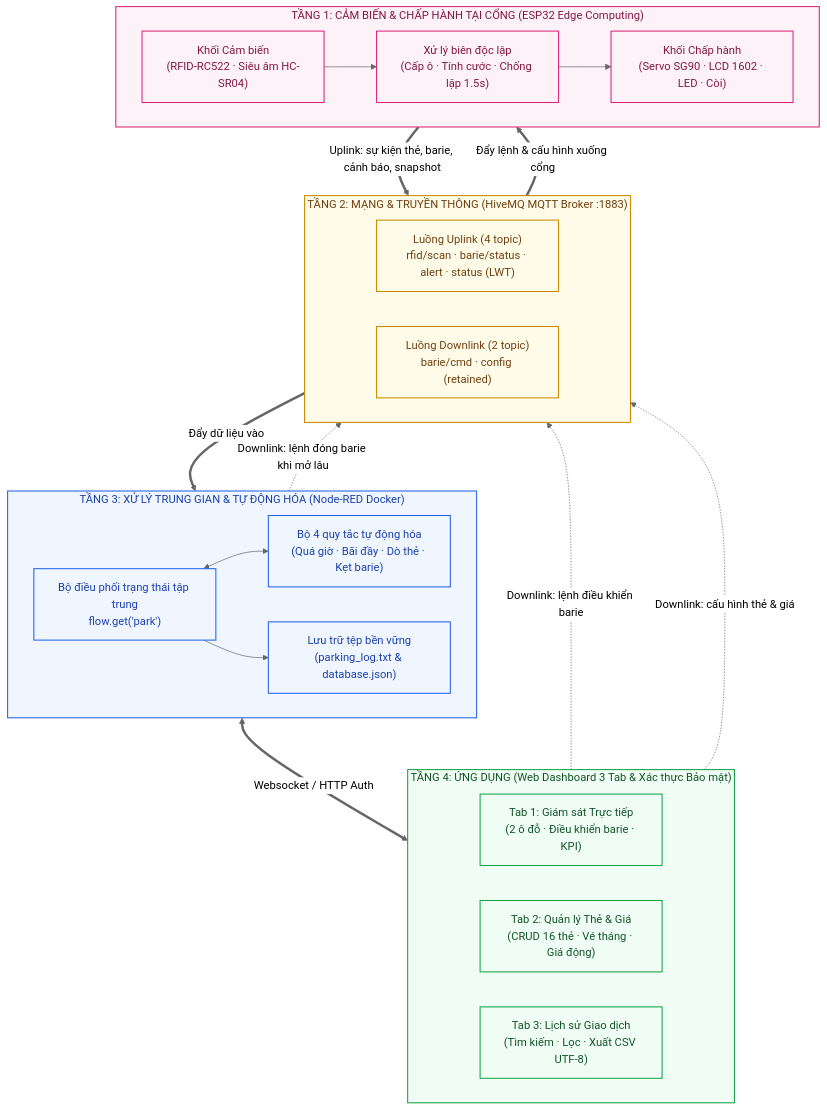
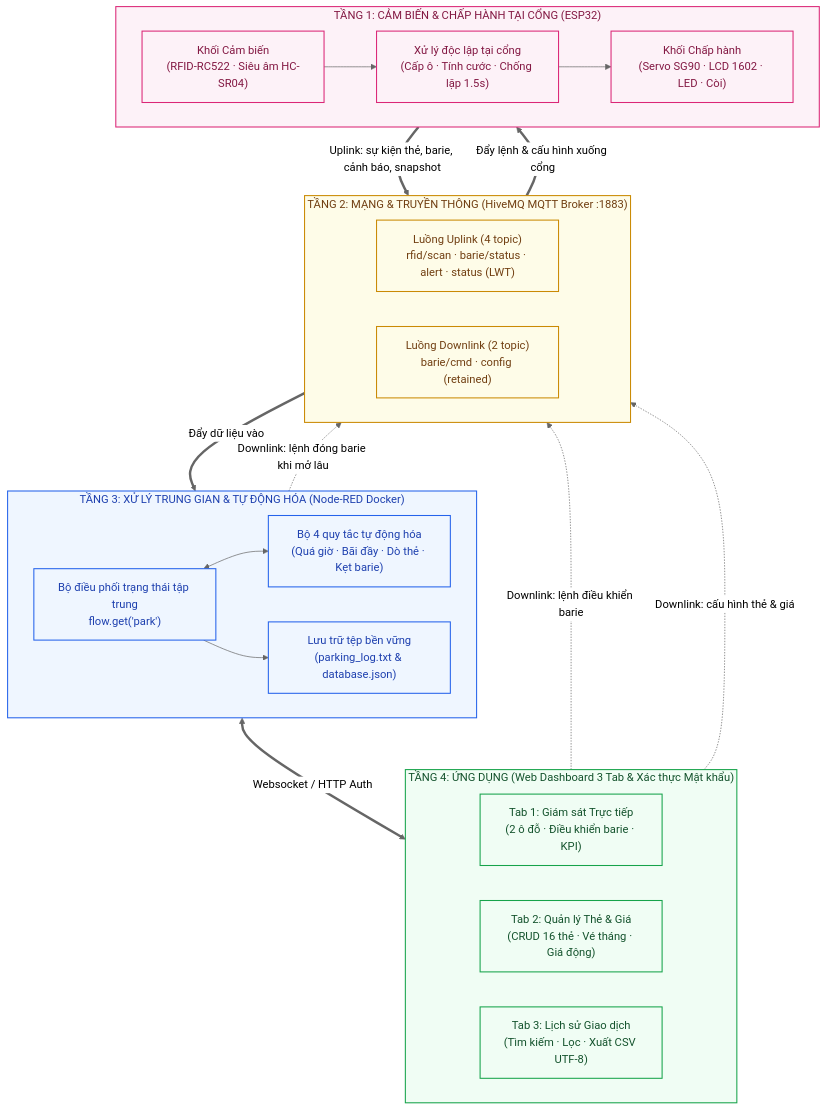
Before and after one commit to Tthoong129/IOT_Nhom4: the first of 3 diagrams in docs/BAO_CAO_TIEU_LUAN_HOAN_CHINH.md, drawn with Mermaid (neutral theme). The commit also changed other lines of this file, not shown here.

````diff
--- a/docs/BAO_CAO_TIEU_LUAN_HOAN_CHINH.md
+++ b/docs/BAO_CAO_TIEU_LUAN_HOAN_CHINH.md
@@ -330,51 +284,50 @@
 ```mermaid
 flowchart TB
-    subgraph L4["TẦNG 4: ỨNG DỤNG (Web Dashboard 3 Tab & Xác thực Bảo mật)"]
+    subgraph L4["TẦNG 4: ỨNG DỤNG (Web Dashboard 3 Tab & Xác thực Mật khẩu)"]
         direction LR
         T1["Tab 1: Giám sát Trực tiếp<br/>(2 ô đỗ · Điều khiển barie · KPI)"]
         T2["Tab 2: Quản lý Thẻ & Giá<br/>(CRUD 16 thẻ · Vé tháng · Giá động)"]
         T3["Tab 3: Lịch sử Giao dịch<br/>(Tìm kiếm · Lọc · Xuất CSV UTF-8)"]
     end
 
     subgraph L3["TẦNG 3: XỬ LÝ TRUNG GIAN & TỰ ĐỘNG HÓA (Node-RED Docker)"]
         direction LR
         M1["Bộ điều phối trạng thái tập trung<br/>flow.get('park')"]
         M2["Bộ 4 quy tắc tự động hóa<br/>(Quá giờ · Bãi đầy · Dò thẻ · Kẹt barie)"]
         M3["Lưu trữ tệp bền vững<br/>(parking_log.txt & database.json)"]
     end
 
     subgraph L2["TẦNG 2: MẠNG & TRUYỀN THÔNG (HiveMQ MQTT Broker :1883)"]
         direction LR
         UP["Luồng Uplink (4 topic)<br/>rfid/scan · barie/status · alert · status (LWT)"]
         DN["Luồng Downlink (2 topic)<br/>barie/cmd · config (retained)"]
     end
 
-    subgraph L1["TẦNG 1: CẢM BIẾN & CHẤP HÀNH TẠI CỔNG (ESP32 Edge Computing)"]
+    subgraph L1["TẦNG 1: CẢM BIẾN & CHẤP HÀNH TẠI CỔNG (ESP32)"]
         direction LR
         E1["Khối Cảm biến<br/>(RFID-RC522 · Siêu âm HC-SR04)"]
-        E2["Xử lý biên độc lập<br/>(Cấp ô · Tính cước · Chống lặp 1.5s)"]
+        E2["Xử lý độc lập tại cổng<br/>(Cấp ô · Tính cước · Chống lặp 1.5s)"]
         E3["Khối Chấp hành<br/>(Servo SG90 · LCD 1602 · LED · Còi)"]
     end
 
-    %% Luồng liên kết hai chiều mạch lạc
     E1 --> E2 --> E3
     E3 ==>|"Uplink: sự kiện thẻ, barie, cảnh báo, snapshot"| UP
     UP ==>|"Đẩy dữ liệu vào"| M1
     M1 <--> M2
     M1 --> M3
     M1 <==>|"Websocket / HTTP Auth"| L4
     T1 -.->|"Downlink: lệnh điều khiển barie"| DN
     T2 -.->|"Downlink: cấu hình thẻ & giá"| DN
     M2 -.->|"Downlink: lệnh đóng barie khi mở lâu"| DN
     DN ==>|"Đẩy lệnh & cấu hình xuống cổng"| E2
 
     classDef l4Style fill:#f0fdf4,stroke:#16a34a,stroke-width:1.5px,color:#14532d;
     classDef l3Style fill:#eff6ff,stroke:#2563eb,stroke-width:1.5px,color:#1e40af;
     classDef l2Style fill:#fefce8,stroke:#ca8a04,stroke-width:1.5px,color:#713f12;
     classDef l1Style fill:#fdf2f8,stroke:#db2777,stroke-width:1.5px,color:#831843;
 
     class L4,T1,T2,T3 l4Style;
     class L3,M1,M2,M3 l3Style;
     class L2,UP,DN l2Style;
     class L1,E1,E2,E3 l1Style;
 ```
````
